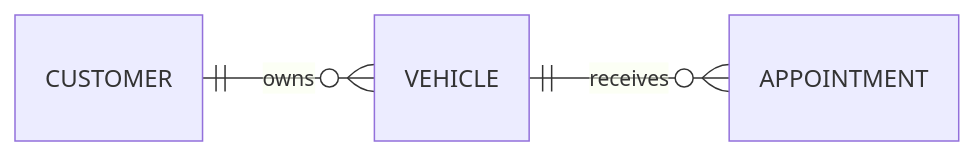
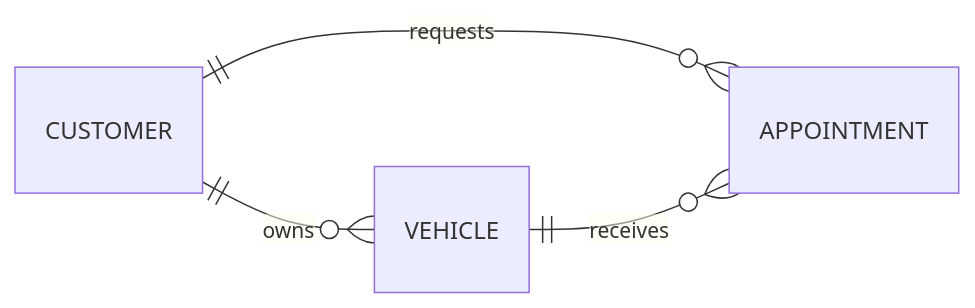
Before and after one commit to nggbaobkit/unified-service-scheduler: the fourth of 6 diagrams in ARCHITECTURE.md, drawn with Mermaid. The commit also changed other lines of this file, not shown here.

First line of the commit message:
docs(architecture): show customer appointment link

````diff
--- a/ARCHITECTURE.md
+++ b/ARCHITECTURE.md
@@ -182,6 +182,7 @@
 ```mermaid
 erDiagram
     direction LR
     CUSTOMER ||--o{ VEHICLE : owns
+    CUSTOMER ||--o{ APPOINTMENT : requests
     VEHICLE ||--o{ APPOINTMENT : receives
 ```
````
